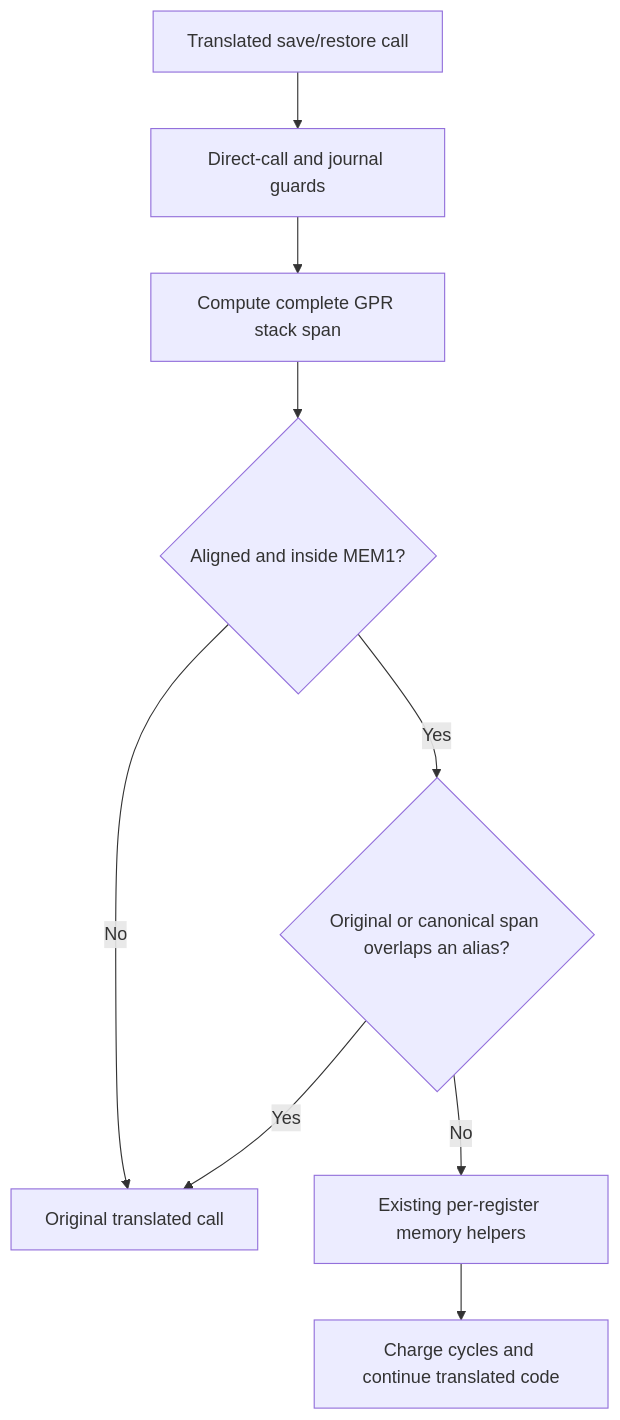
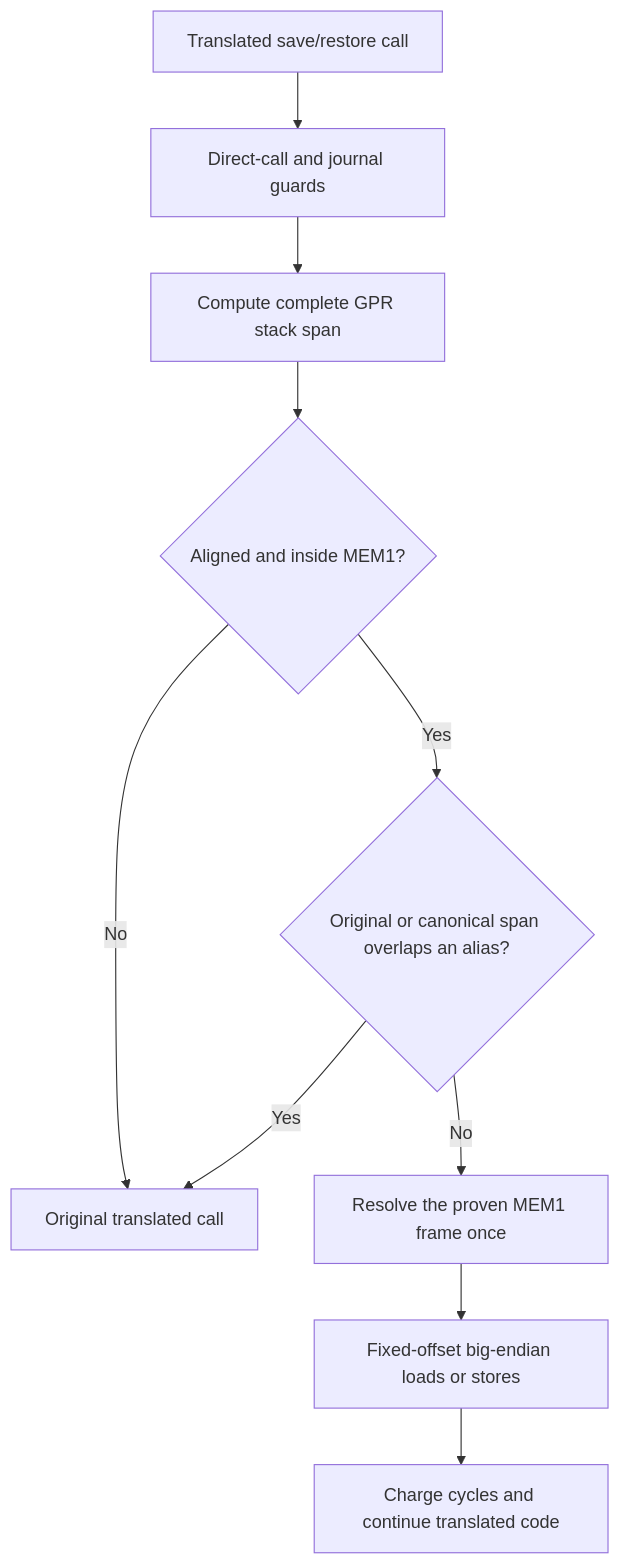
Before and after one commit to chrissotraidis/bluewake: the diagram in docs/planning/2026-10-24-inline_gpr_optimization/TECH_PLAN.md, drawn with Mermaid. The commit also changed other lines of this file and 2 other files, not shown here.

Commit message:
Document direct inline GPR frame access

````diff
--- a/docs/planning/2026-10-24-inline_gpr_optimization/TECH_PLAN.md
+++ b/docs/planning/2026-10-24-inline_gpr_optimization/TECH_PLAN.md
@@ -22,11 +22,12 @@
 ```mermaid
 flowchart TD
     Call["Translated save/restore call"] --> Guard["Direct-call and journal guards"]
     Guard --> Range["Compute complete GPR stack span"]
     Range --> Bounds{"Aligned and inside MEM1?"}
     Bounds -->|No| Fallback["Original translated call"]
     Bounds -->|Yes| Alias{"Original or canonical span overlaps an alias?"}
     Alias -->|Yes| Fallback
-    Alias -->|No| Inline["Existing per-register memory helpers"]
+    Alias -->|No| Frame["Resolve the proven MEM1 frame once"]
+    Frame --> Inline["Fixed-offset big-endian loads or stores"]
     Inline --> Continue["Charge cycles and continue translated code"]
 ```
````
